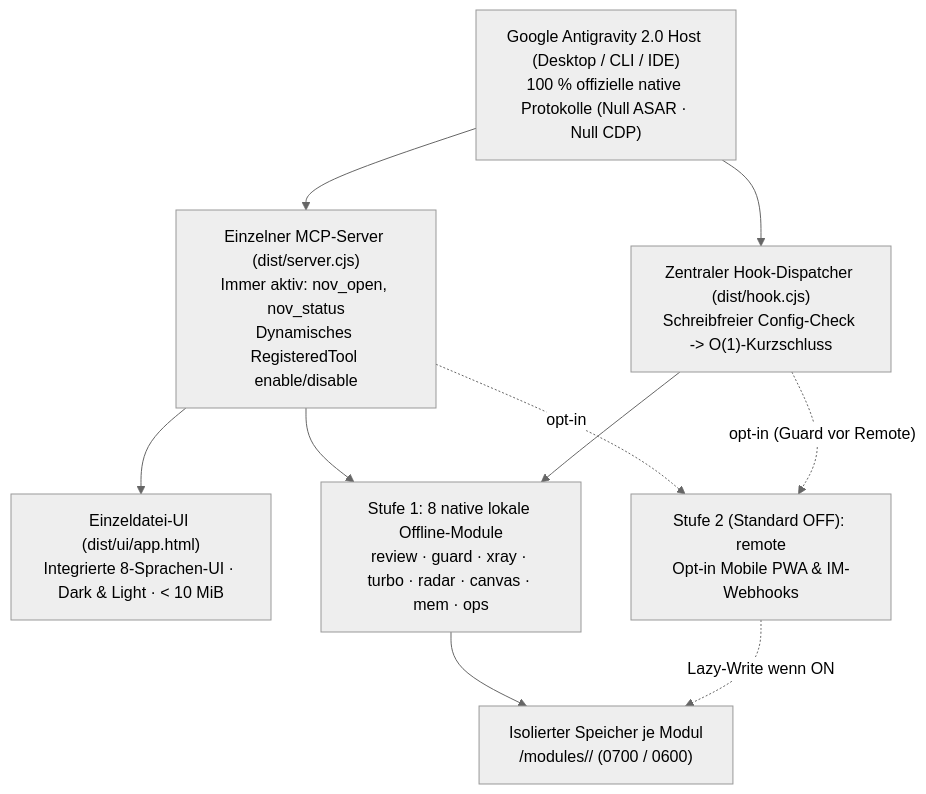
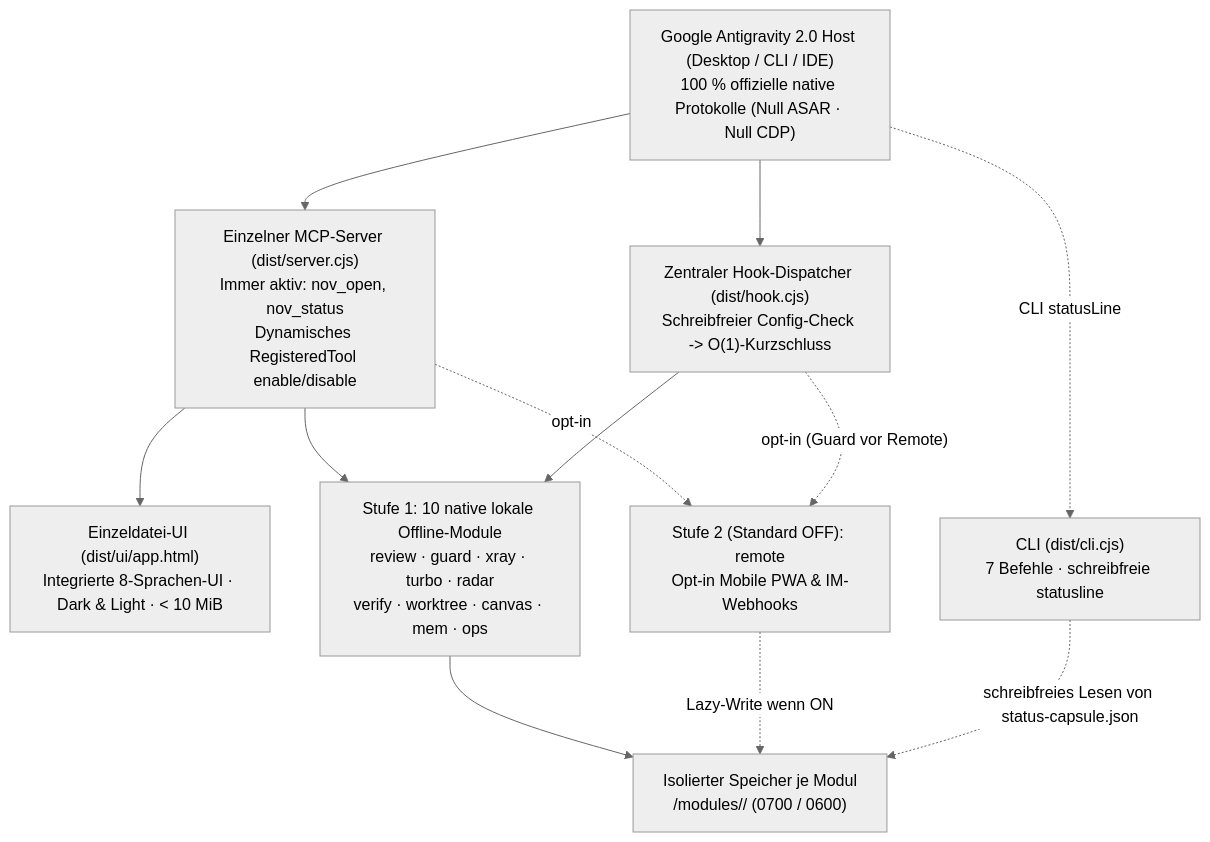
The diagram in docs/i18n/README.de.md (tone-leh/agy-NOV), drawn with Mermaid (neutral theme) before and after one commit. The commit also changed other lines of this file and 60 other files, not shown here.

Commit message:
feat(v0.3.0): Verify Gate Stop-hook, Git Worktree Orchestrator, Swarm Lineage telemetry & CLI statusline

````diff
--- a/docs/i18n/README.de.md
+++ b/docs/i18n/README.de.md
@@ -190,20 +194,23 @@
 ```mermaid
 flowchart TB
   Host["Google Antigravity 2.0 Host (Desktop / CLI / IDE)\n100 % offizielle native Protokolle (Null ASAR · Null CDP)"]
   MCP["Einzelner MCP-Server (dist/server.cjs)\nImmer aktiv: nov_open, nov_status\nDynamisches RegisteredTool enable/disable"]
   UI["Einzeldatei-UI (dist/ui/app.html)\nIntegrierte 8-Sprachen-UI · Dark & Light · < 10 MiB"]
   Hook["Zentraler Hook-Dispatcher (dist/hook.cjs)\nSchreibfreier Config-Check -> O(1)-Kurzschluss"]
+  CLI["CLI (dist/cli.cjs)\n7 Befehle · schreibfreie statusline"]
   Store["Isolierter Speicher je Modul\n<dataDir>/modules/<id>/ (0700 / 0600)"]
-  T1["Stufe 1: 8 native lokale Offline-Module\nreview · guard · xray · turbo · radar · canvas · mem · ops"]
+  T1["Stufe 1: 10 native lokale Offline-Module\nreview · guard · xray · turbo · radar\nverify · worktree · canvas · mem · ops"]
   T2R["Stufe 2 (Standard OFF): remote\nOpt-in Mobile PWA & IM-Webhooks"]
 
   Host --> MCP
   Host --> Hook
+  Host -. "CLI statusLine" .-> CLI
   MCP --> UI
   MCP --> T1
   MCP -. "opt-in" .-> T2R
   Hook --> T1
   Hook -. "opt-in (Guard vor Remote)" .-> T2R
   T1 --> Store
   T2R -. "Lazy-Write wenn ON" .-> Store
+  CLI -. "schreibfreies Lesen von status-capsule.json" .-> Store
 ```
````
